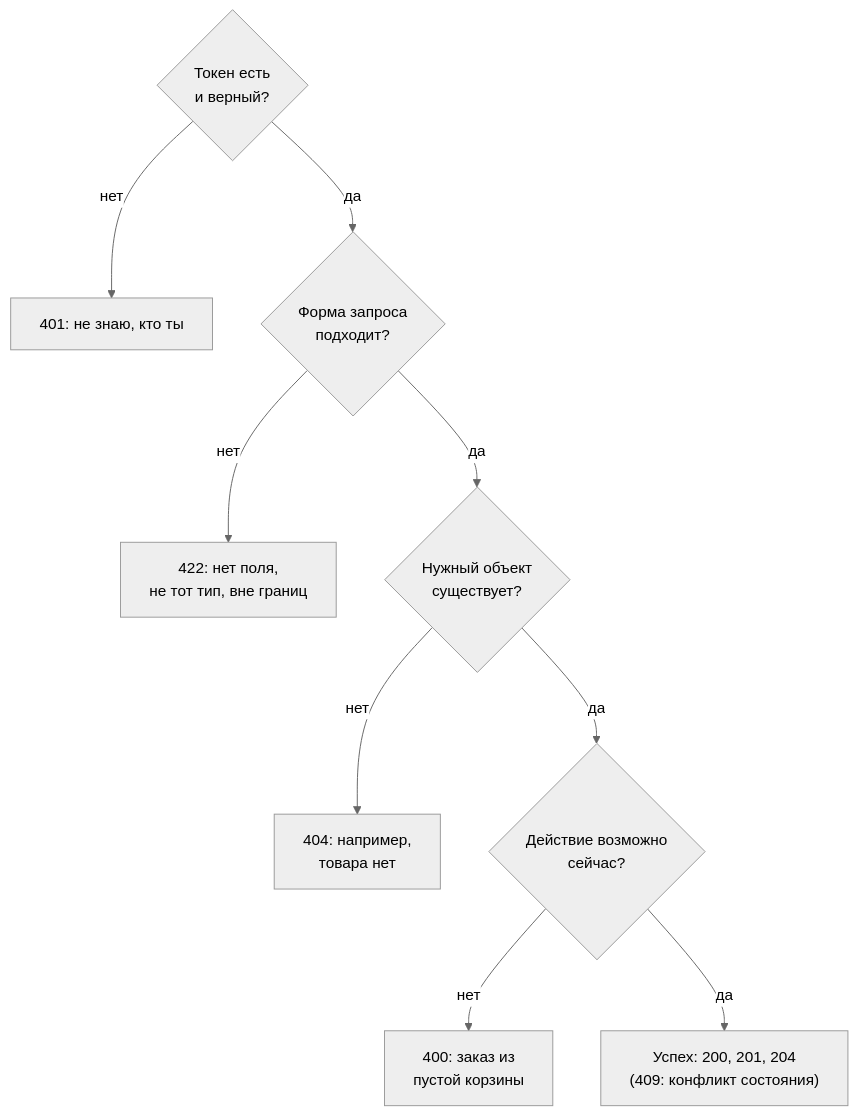
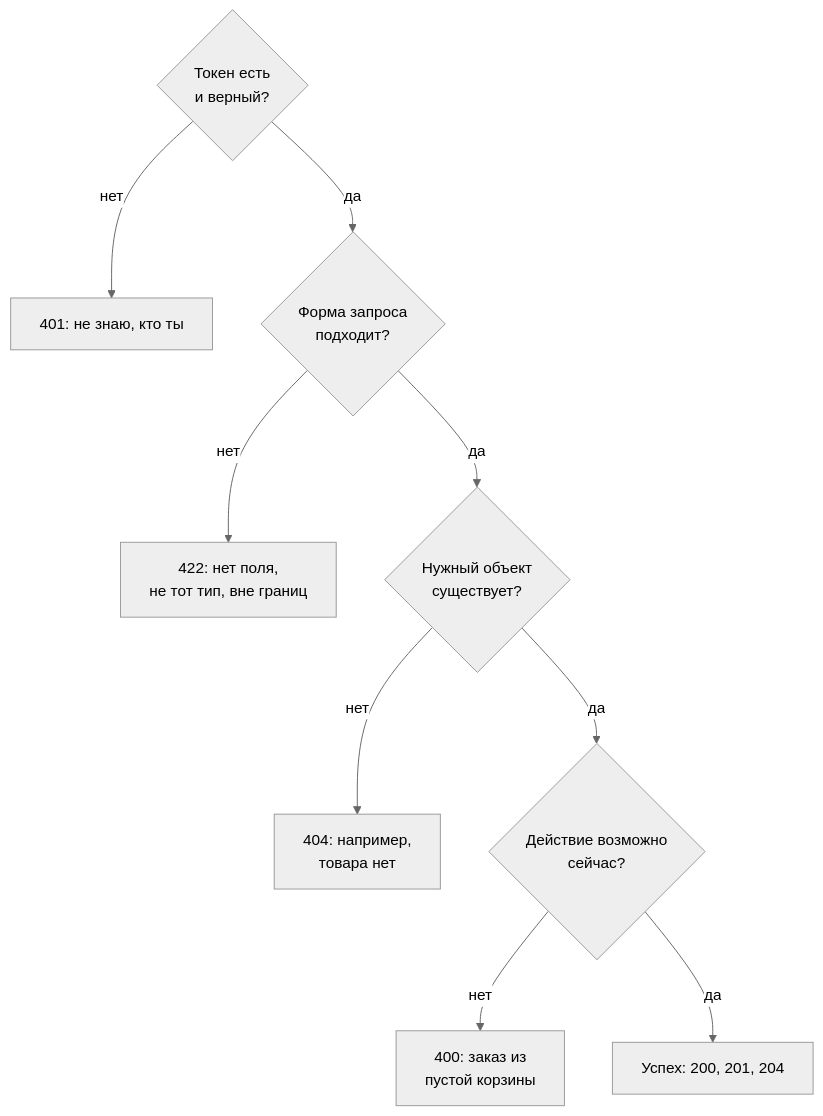
Before and after one commit to distinguished-sre/learning: the third of 3 diagrams in load-tester/02-web/02-rest-json-auth.md, drawn with Mermaid (neutral theme). The commit also changed other lines of this file and 462 other files, not shown here.

````diff
--- a/load-tester/02-web/02-rest-json-auth.md
+++ b/load-tester/02-web/02-rest-json-auth.md
@@ -251,11 +256,11 @@
 ```mermaid
 flowchart TD
     A{"Токен есть<br>и верный?"} -- нет --> B["401: не знаю, кто ты"]
     A -- да --> C{"Форма запроса<br>подходит?"}
     C -- нет --> D["422: нет поля,<br>не тот тип, вне границ"]
     C -- да --> E{"Нужный объект<br>существует?"}
     E -- нет --> F["404: например,<br>товара нет"]
     E -- да --> G{"Действие возможно<br>сейчас?"}
     G -- нет --> H["400: заказ из<br>пустой корзины"]
-    G -- да --> I["Успех: 200, 201, 204<br>(409: конфликт состояния)"]
+    G -- да --> I["Успех: 200, 201, 204"]
 ```
````
